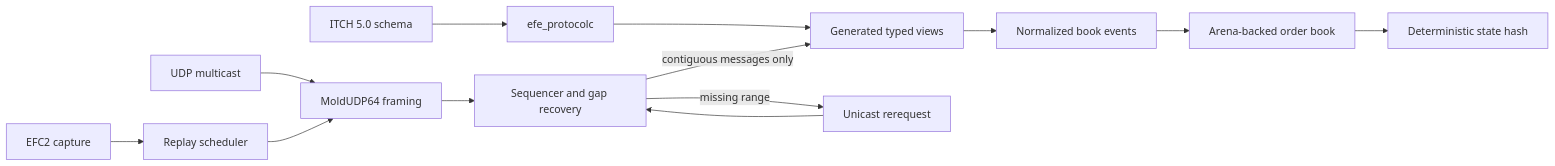
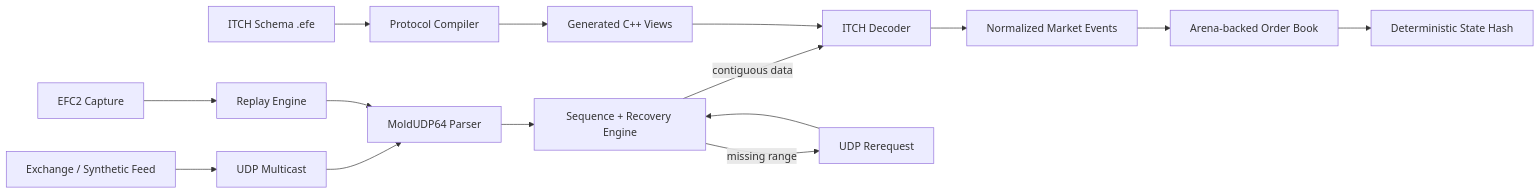
One commit to bhumi6633/market-wire changed the diagram in README.md. Above: the diagram before and after it, drawn with Mermaid. The commit also changed other lines of this file, not shown here.

````diff
--- a/README.md
+++ b/README.md
@@ -48,18 +58,23 @@
 ```mermaid
 flowchart LR
-    S[ITCH 5.0 schema] --> C[efe_protocolc]
-    C --> V[Generated typed views]
+    EX[Exchange / Synthetic Feed] --> UDP[UDP Multicast]
+    UDP --> M[MoldUDP64 Parser]
 
-    U[UDP multicast] --> M[MoldUDP64 framing]
-    R[EFC2 capture] --> RP[Replay scheduler]
+    M --> S[Sequence + Recovery Engine]
+
+    S -->|contiguous data| D[ITCH Decoder]
+    S -->|missing range| RR[UDP Rerequest]
+    RR --> S
+
+    D --> E[Normalized Market Events]
+    E --> B[Arena-backed Order Book]
+
+    B --> H[Deterministic State Hash]
+
+    CAP[EFC2 Capture] --> RP[Replay Engine]
     RP --> M
 
-    M --> Q[Sequencer and gap recovery]
-    Q -->|contiguous messages only| V
-    V --> N[Normalized book events]
-    N --> B[Arena-backed order book]
-    B --> H[Deterministic state hash]
-
-    Q -->|missing range| RR[Unicast rerequest]
-    RR --> Q
+    DSL[ITCH Schema .efe] --> C[Protocol Compiler]
+    C --> GD[Generated C++ Views]
+    GD --> D
 ```
````
